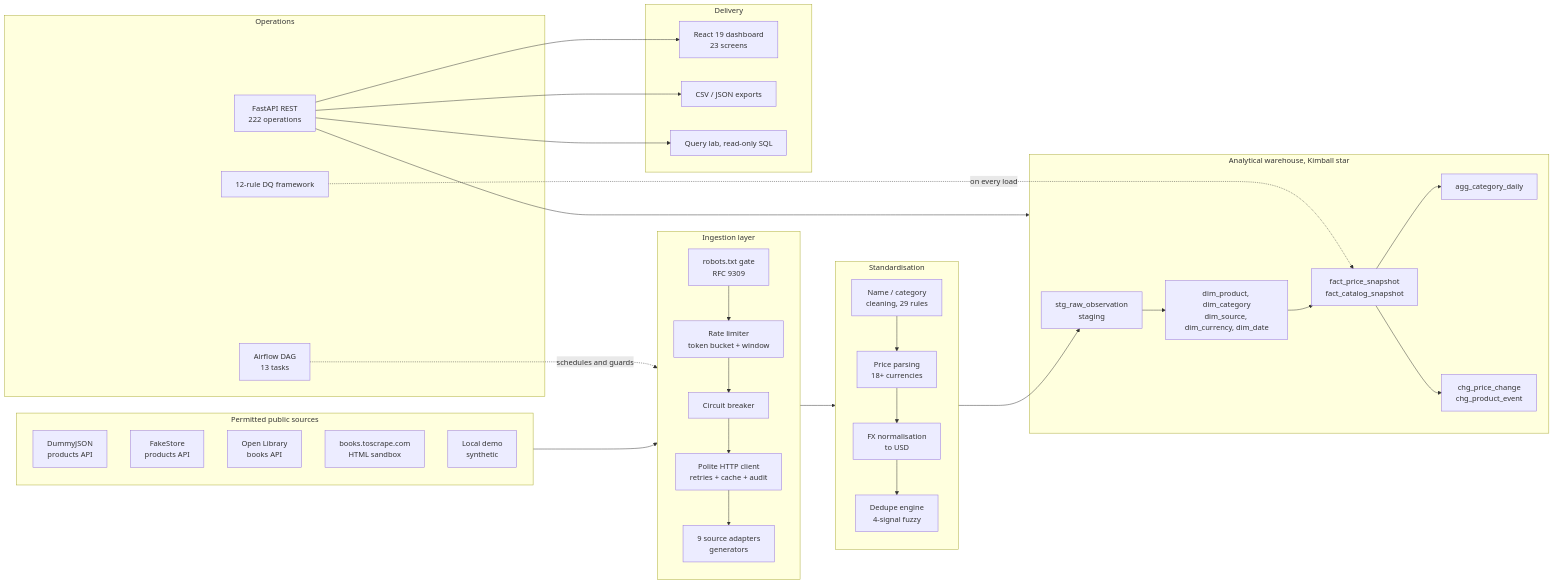
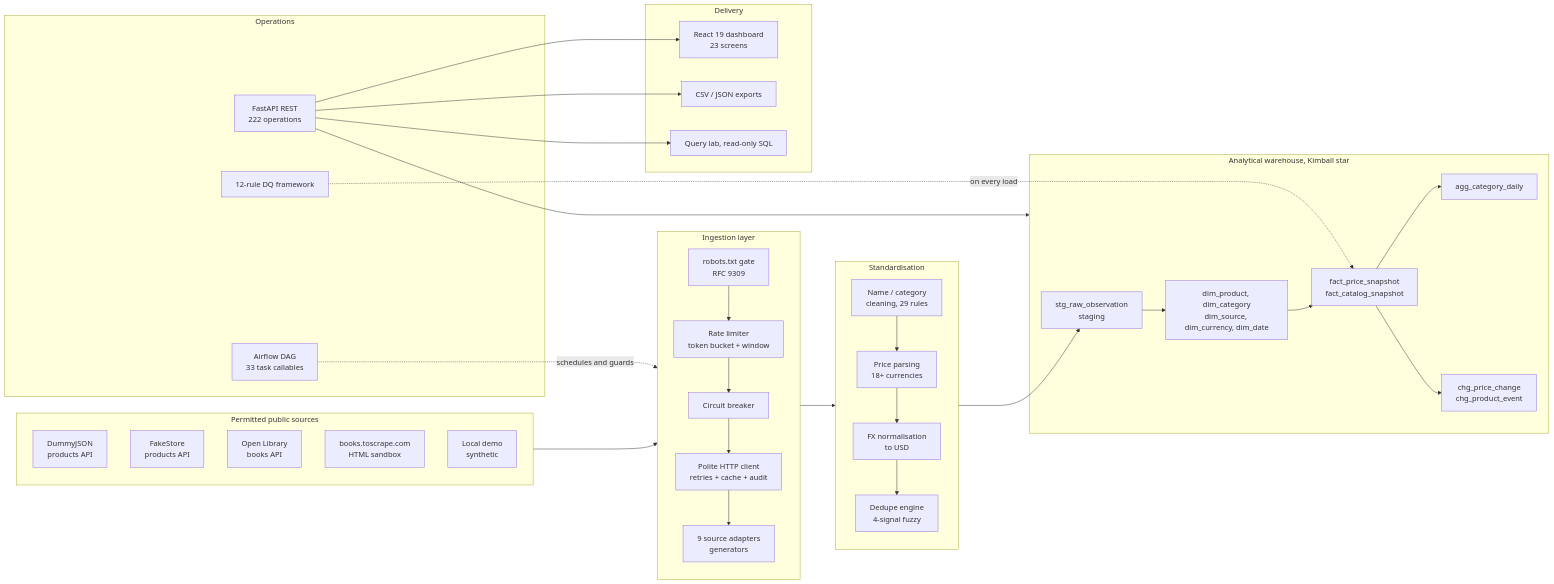
One commit to Ahmedbakr78/Web-to-Warehouse-Product-Intelligence-Pipeline changed the second of 18 diagrams in README.md. Above: the diagram before and after it, drawn with Mermaid. The commit also changed other lines of this file and 176 other files, not shown here.

First line of the commit message:
Expand the documentation and correct every stale figure in it

````diff
--- a/README.md
+++ b/README.md
@@ -386,55 +386,55 @@
 ```mermaid
 flowchart LR
     subgraph Sources["Permitted public sources"]
         A1["DummyJSON<br/>products API"]
         A2["FakeStore<br/>products API"]
         A3["Open Library<br/>books API"]
         A4["books.toscrape.com<br/>HTML sandbox"]
         A5["Local demo<br/>synthetic"]
     end
 
     subgraph Ingest["Ingestion layer"]
         direction TB
         R["robots.txt gate<br/>RFC 9309"]
         RL["Rate limiter<br/>token bucket + window"]
         CB["Circuit breaker"]
         HC["Polite HTTP client<br/>retries + cache + audit"]
         S["9 source adapters<br/>generators"]
         R --> RL --> CB --> HC --> S
     end
 
     subgraph Clean["Standardisation"]
         C1["Name / category<br/>cleaning, 29 rules"]
         C2["Price parsing<br/>18+ currencies"]
         C3["FX normalisation<br/>to USD"]
         DD["Dedupe engine<br/>4-signal fuzzy"]
         C1 --> C2 --> C3 --> DD
     end
 
     subgraph Wh["Analytical warehouse, Kimball star"]
         STG["stg_raw_observation<br/>staging"]
         DIM["dim_product, dim_category<br/>dim_source, dim_currency, dim_date"]
         FACT["fact_price_snapshot<br/>fact_catalog_snapshot"]
         AGG["agg_category_daily"]
         CHG["chg_price_change<br/>chg_product_event"]
         STG --> DIM --> FACT --> AGG & CHG
     end
 
     subgraph Ops["Operations"]
-        AF["Airflow DAG<br/>13 tasks"]
+        AF["Airflow DAG<br/>33 task callables"]
         API["FastAPI REST<br/>222 operations"]
         DQ["12-rule DQ framework"]
     end
 
     subgraph UI["Delivery"]
         RE["React 19 dashboard<br/>23 screens"]
         EXP["CSV / JSON exports"]
         QL["Query lab, read-only SQL"]
     end
 
     Sources --> Ingest --> Clean --> STG
     AF -.schedules and guards.-> Ingest
     API --> Wh
     API --> RE & EXP & QL
     DQ -.on every load.-> FACT
 ```
````
